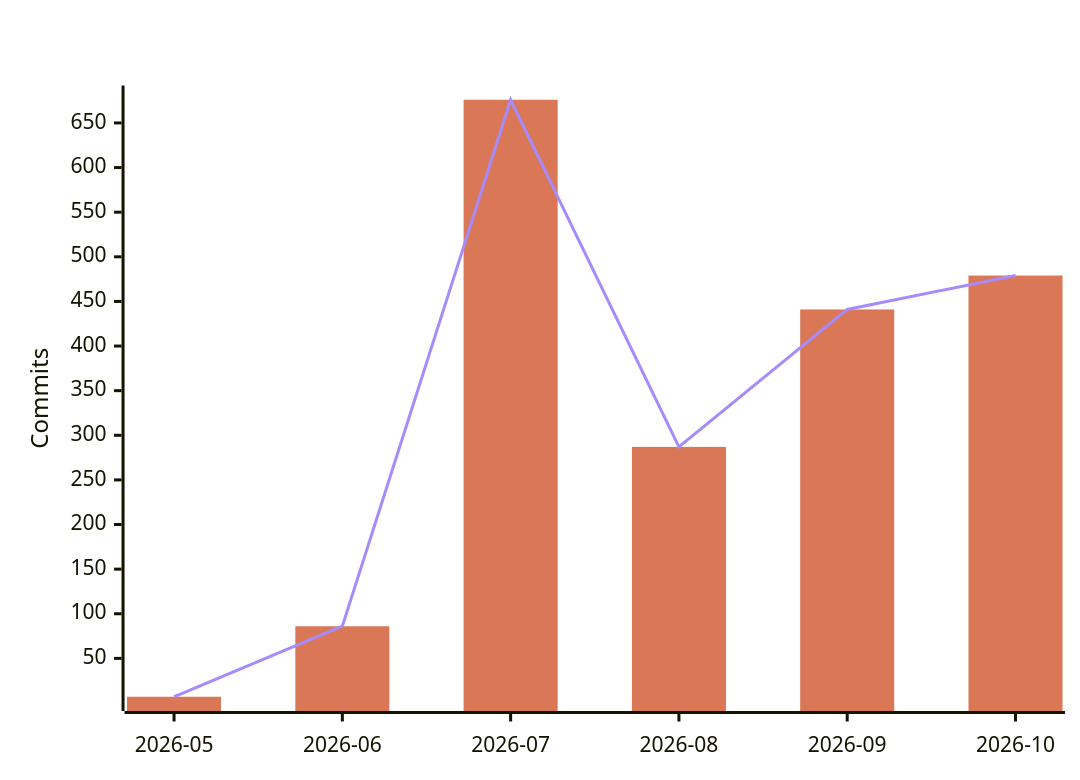
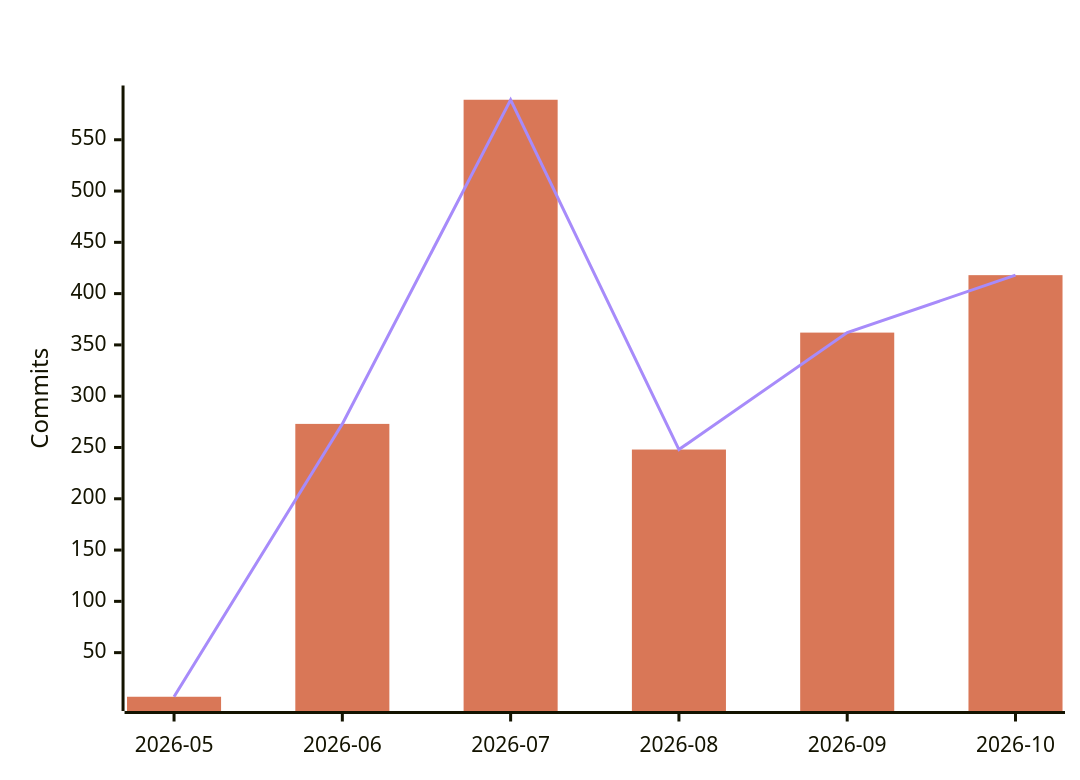
One commit to polo-nyan/polo-nyan changed the fourth of 7 diagrams in README.md. Above: the diagram before and after it, drawn with Mermaid. The commit also changed other lines of this file and 1 other file, not shown here.

````diff
--- a/README.md
+++ b/README.md
@@ -294,9 +294,9 @@
 ```mermaid
 %%{init: {"xyChart": {"titleColor": "#ffffff", "xAxisLabelColor": "#ffffff", "yAxisLabelColor": "#ffffff"}, "themeVariables": {"xyChart": {"titleColor": "#ffffff", "plotColorPalette": "#d97757, #a78bfa"}}}}%%
 xychart-beta
     title "AI-Assisted Commits Per Month"
     x-axis ["2026-05", "2026-06", "2026-07", "2026-08", "2026-09", "2026-10"]
     y-axis "Commits"
-    bar [7, 86, 676, 287, 441, 479]
-    line [7, 86, 676, 287, 441, 479]
+    bar [7, 273, 589, 248, 362, 418]
+    line [7, 273, 589, 248, 362, 418]
 ```
````
